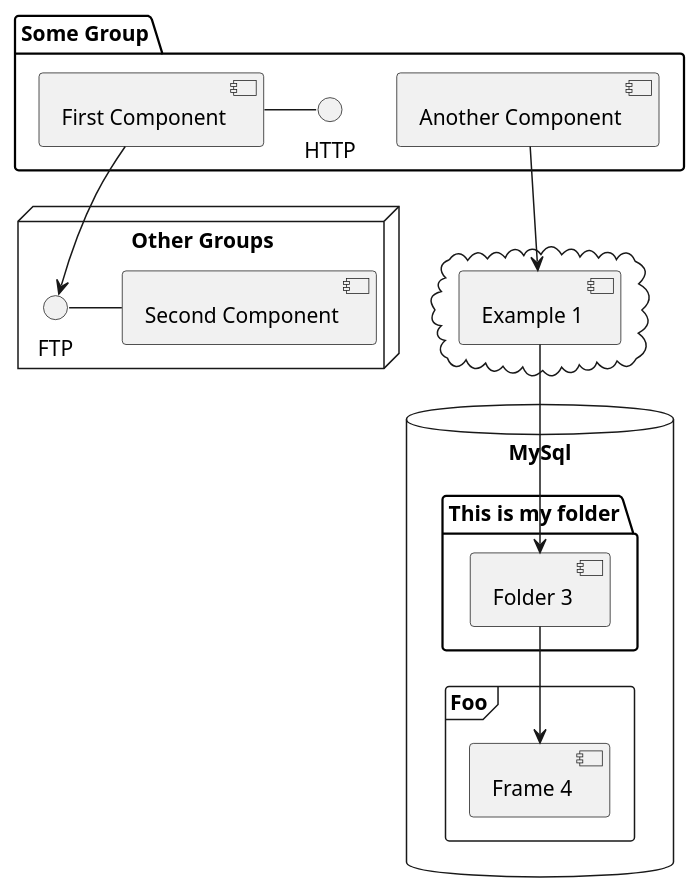
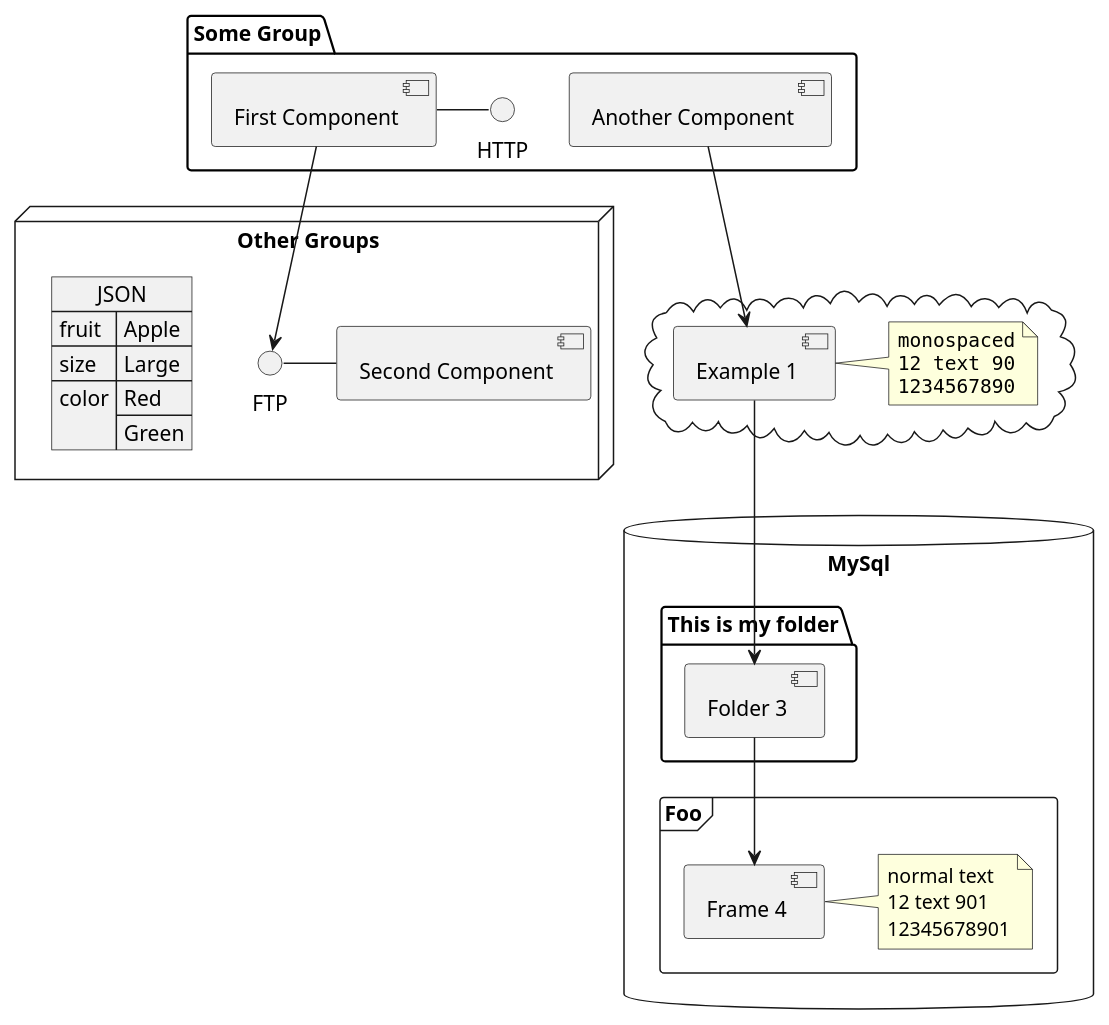
One commit to mleist/docker-sphinx-generator changed the first of 3 diagrams in example/example_uml.rst. Above: the diagram before and after it, drawn with PlantUML. The commit also changed other lines of this file and 6 other files, not shown here.

Commit message:
new „list of figures“, add more graphs, more i18n

```diff
--- a/example/example_uml.rst
+++ b/example/example_uml.rst
@@ -7,32 +7,47 @@
 .. uml::
    :caption: Caption with **bold** and *italic*
-   :width: 100mm
+   :width: 150mm
 
    package "Some Group" {
      HTTP - [First Component]
      [Another Component]
    }
 
    node "Other Groups" {
      FTP - [Second Component]
      [First Component] --> FTP
+     json JSON {
+       "fruit":"Apple",
+       "size":"Large",
+       "color": ["Red", "Green"]
+     }
    }
 
    cloud {
      [Example 1]
+     note right
+       ""monospaced""
+       ""12 text 90""
+       ""1234567890""
+     end note
    }
 
 
    database "MySql" {
      folder "This is my folder" {
        [Folder 3]
      }
      frame "Foo" {
        [Frame 4]
+       note right
+         normal text
+         12 text 901
+         12345678901
+       end note
      }
    }
 
 
    [Another Component] --> [Example 1]
    [Example 1] --> [Folder 3]
    [Folder 3] --> [Frame 4]
```
